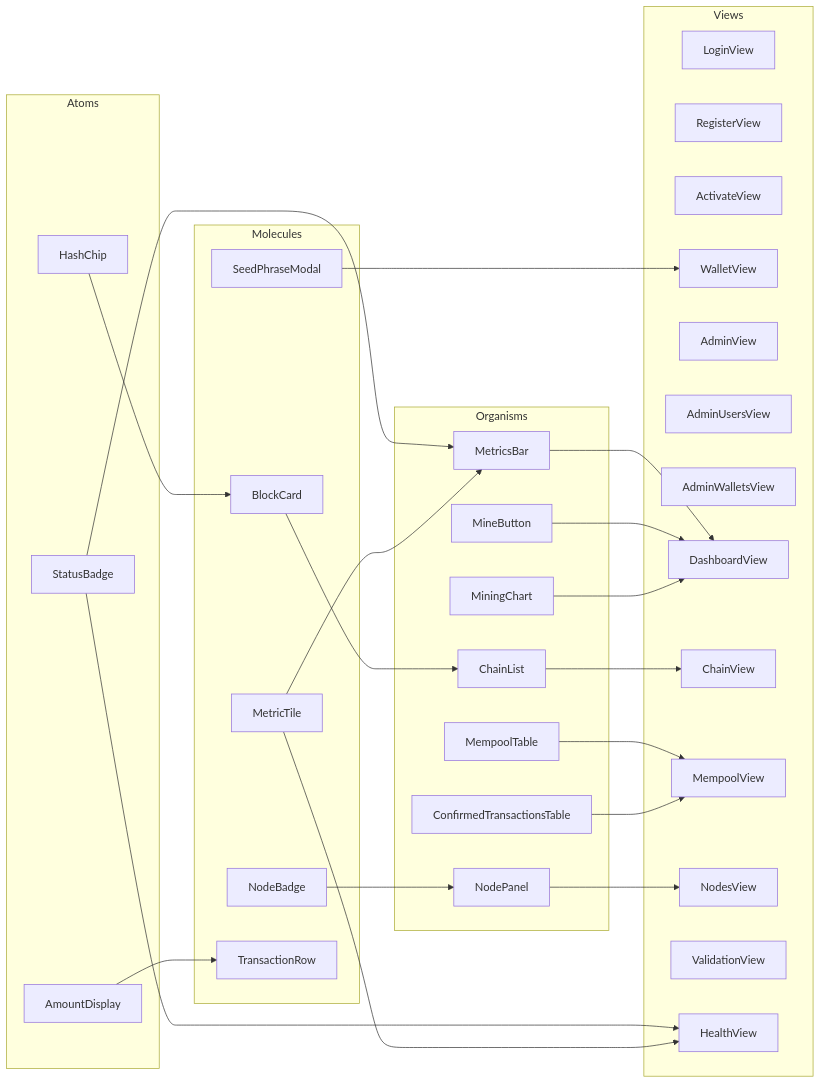
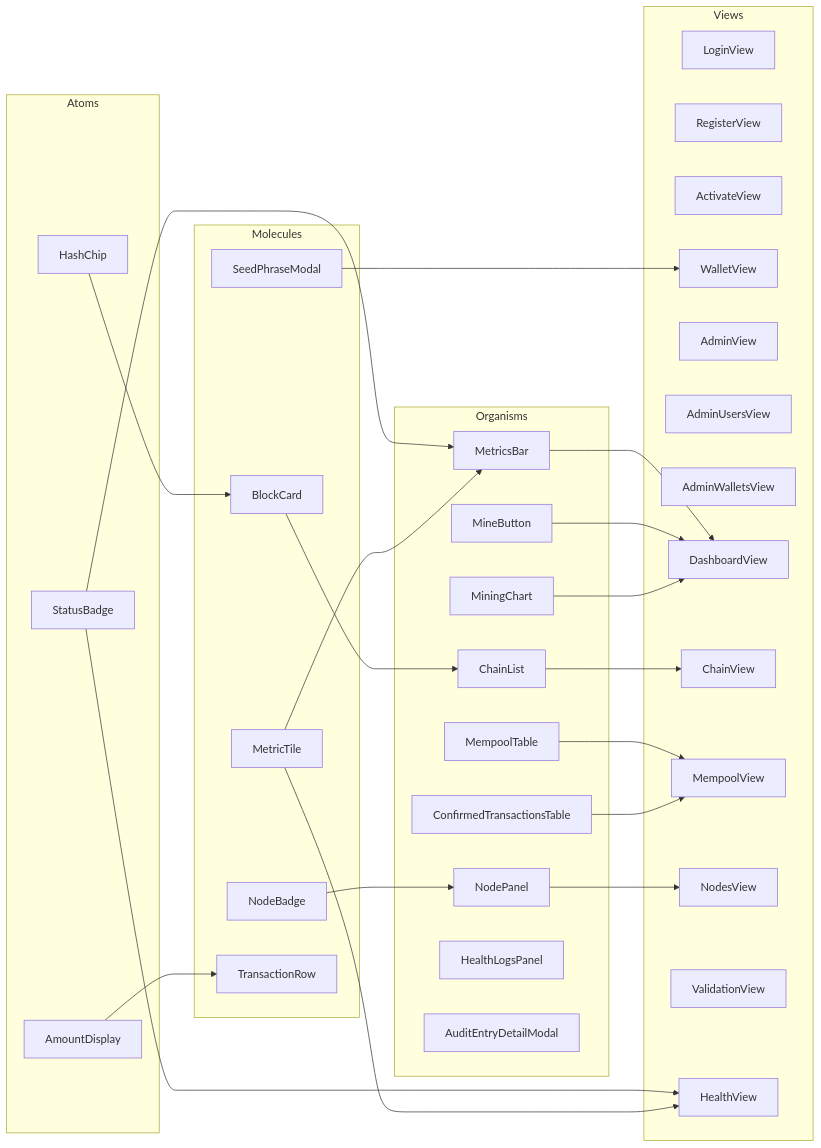
The seventh of 8 diagrams in docs/architecture.md (basic-blockchain/basic-blockchain-frontend), drawn with Mermaid before and after one commit. The commit also changed other lines of this file and 2 other files, not shown here.

First line of the commit message:
docs: update api-reference, architecture and components for Health redesign and AuditEntryDetailModal

````diff
--- a/docs/architecture.md
+++ b/docs/architecture.md
@@ -378,56 +385,58 @@
 ```mermaid
 flowchart LR
     subgraph Atoms
         A1[StatusBadge]
         A2[HashChip]
         A3[AmountDisplay]
     end
     subgraph Molecules
         M1[BlockCard]
     M2[NodeBadge]
     M3[MetricTile]
     M4[SeedPhraseModal]
     M5[TransactionRow]
     end
     subgraph Organisms
         O1[ChainList]
         O2[MempoolTable]
     O3[ConfirmedTransactionsTable]
     O4[NodePanel]
     O5[MetricsBar]
     O6[MineButton]
     O7[MiningChart]
+    O8[HealthLogsPanel]
+    O9[AuditEntryDetailModal]
     end
     subgraph Views
     V1[LoginView]
     V2[RegisterView]
     V3[ActivateView]
     V4[WalletView]
     V5[AdminView]
     V6[AdminUsersView]
     V7[AdminWalletsView]
     V8[DashboardView]
     V9[ChainView]
     V10[MempoolView]
     V11[NodesView]
     V12[ValidationView]
     V13[HealthView]
     end
 
     A1 --> O5
     A1 --> V13
     A2 --> M1
   A3 --> M5
   M1 --> O1
   M2 --> O4
   M3 --> O5
   O1 --> V9
   O2 --> V10
   O3 --> V10
   O4 --> V11
   O5 --> V8
   O6 --> V8
   O7 --> V8
   M4 --> V4
   M3 --> V13
 ```
````
